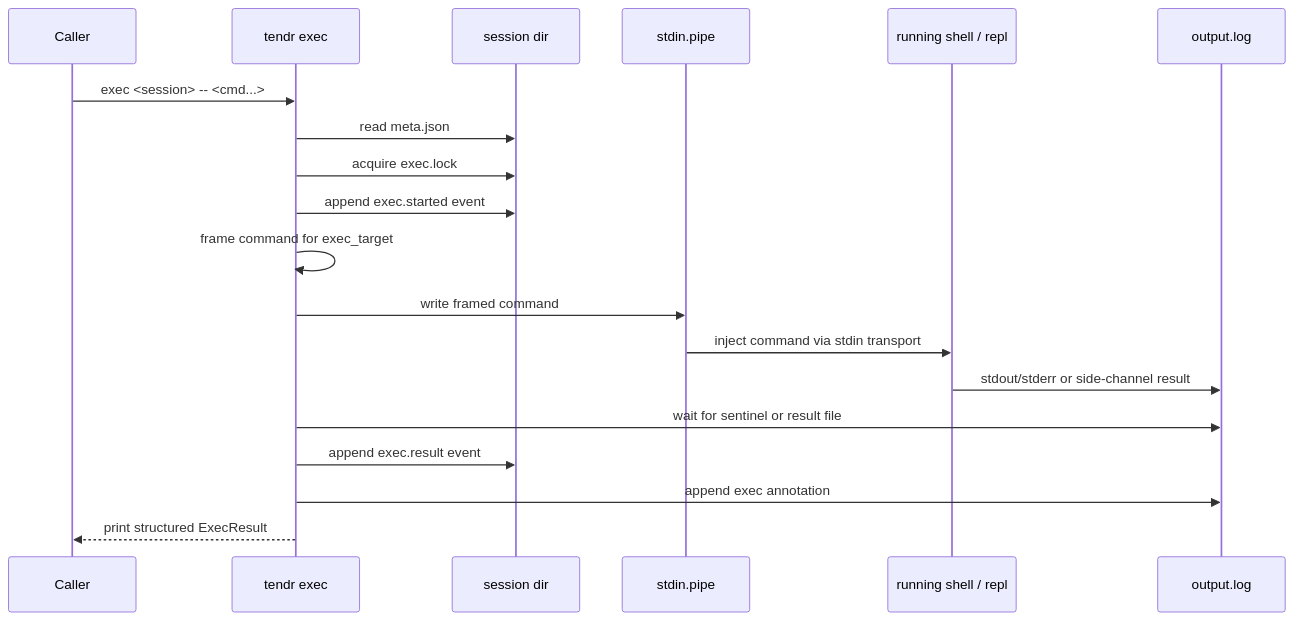
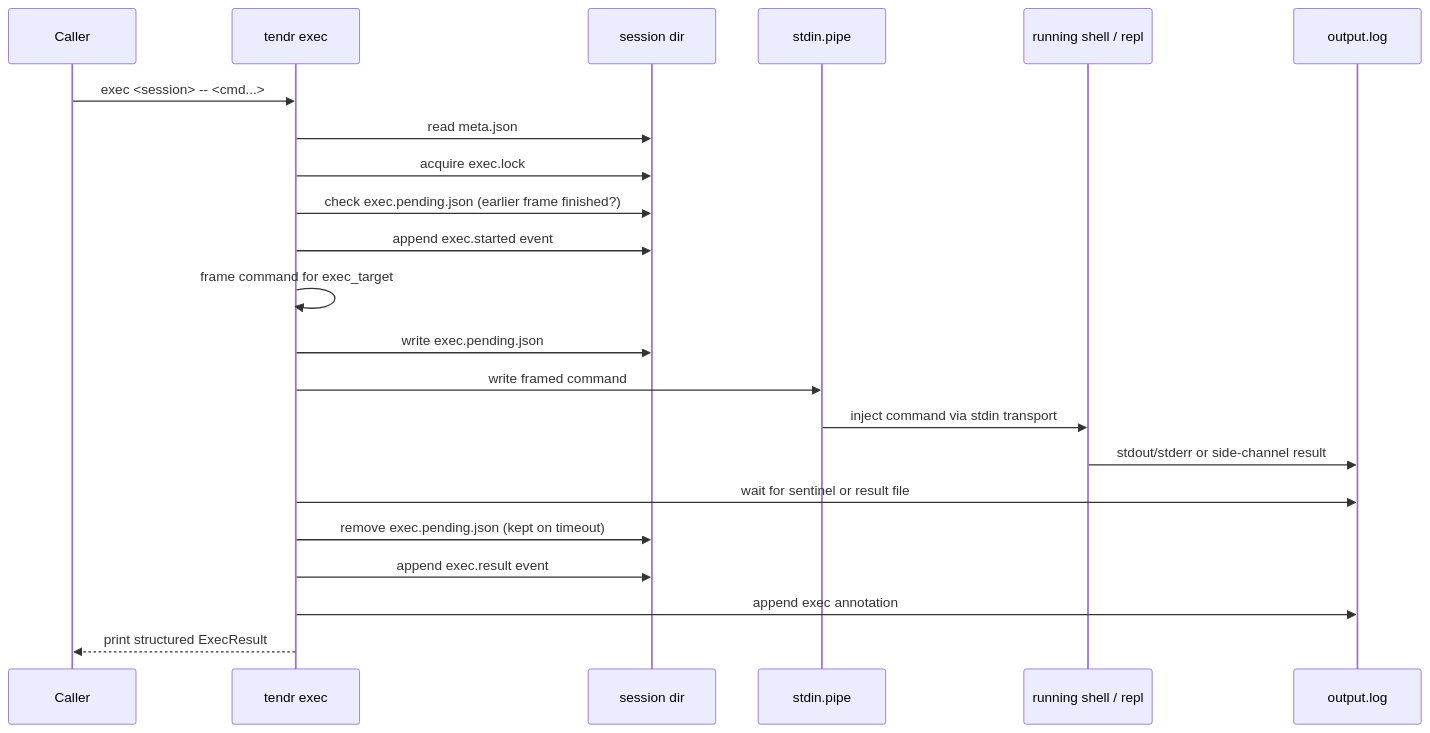
The second of 4 diagrams in docs/architecture/05-key-flows.md (grumpydevorg/tendr), drawn with Mermaid before and after one commit. The commit also changed other lines of this file and 5 other files, not shown here.

First line of the commit message:
fix(exec): return at the timeout and refuse, not wedge, while a frame runs

````diff
--- a/docs/architecture/05-key-flows.md
+++ b/docs/architecture/05-key-flows.md
@@ -54,22 +54,25 @@
 ```mermaid
 sequenceDiagram
     participant Caller
     participant CLI as tendr exec
     participant Session as session dir
     participant FIFO as stdin.pipe
     participant Shell as running shell / repl
     participant Log as output.log
 
     Caller->>CLI: exec <session> -- <cmd...>
     CLI->>Session: read meta.json
     CLI->>Session: acquire exec.lock
+    CLI->>Session: check exec.pending.json (earlier frame finished?)
     CLI->>Session: append exec.started event
     CLI->>CLI: frame command for exec_target
+    CLI->>Session: write exec.pending.json
     CLI->>FIFO: write framed command
     FIFO->>Shell: inject command via stdin transport
     Shell->>Log: stdout/stderr or side-channel result
     CLI->>Log: wait for sentinel or result file
+    CLI->>Session: remove exec.pending.json (kept on timeout)
     CLI->>Session: append exec.result event
     CLI->>Log: append exec annotation
     CLI-->>Caller: print structured ExecResult
 ```
````
